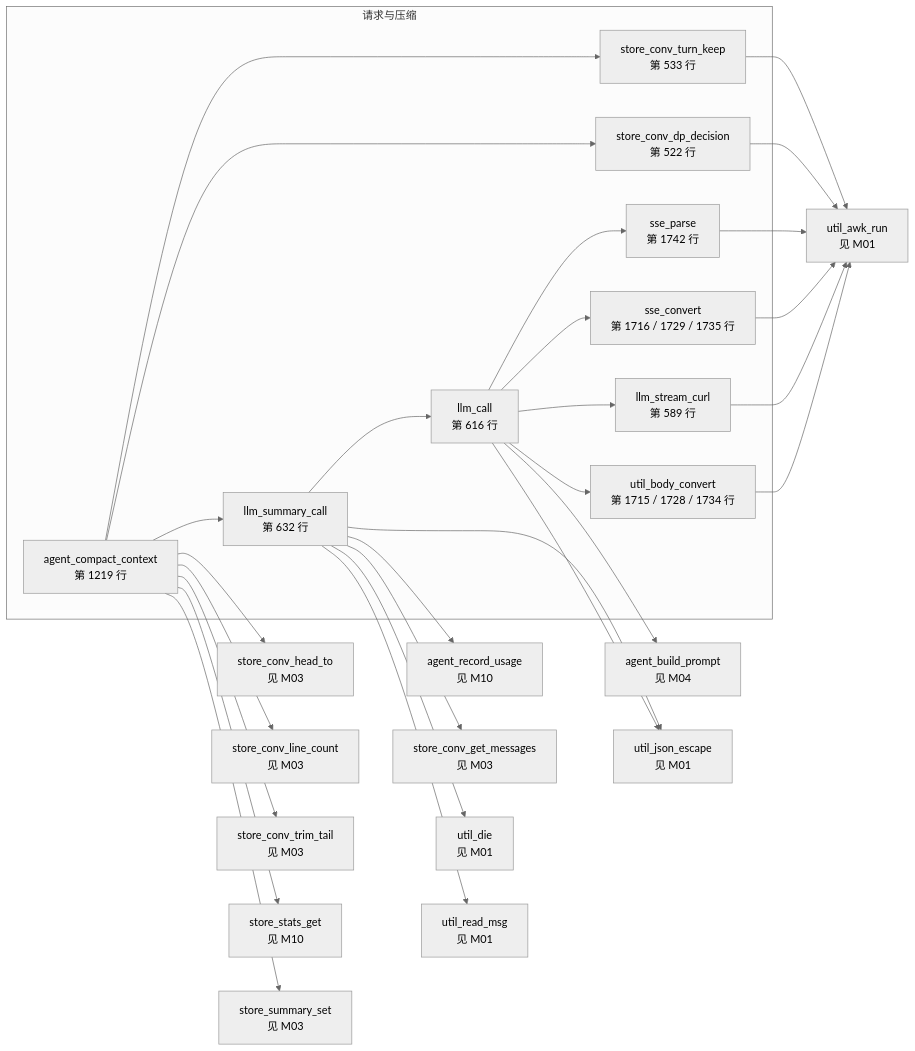
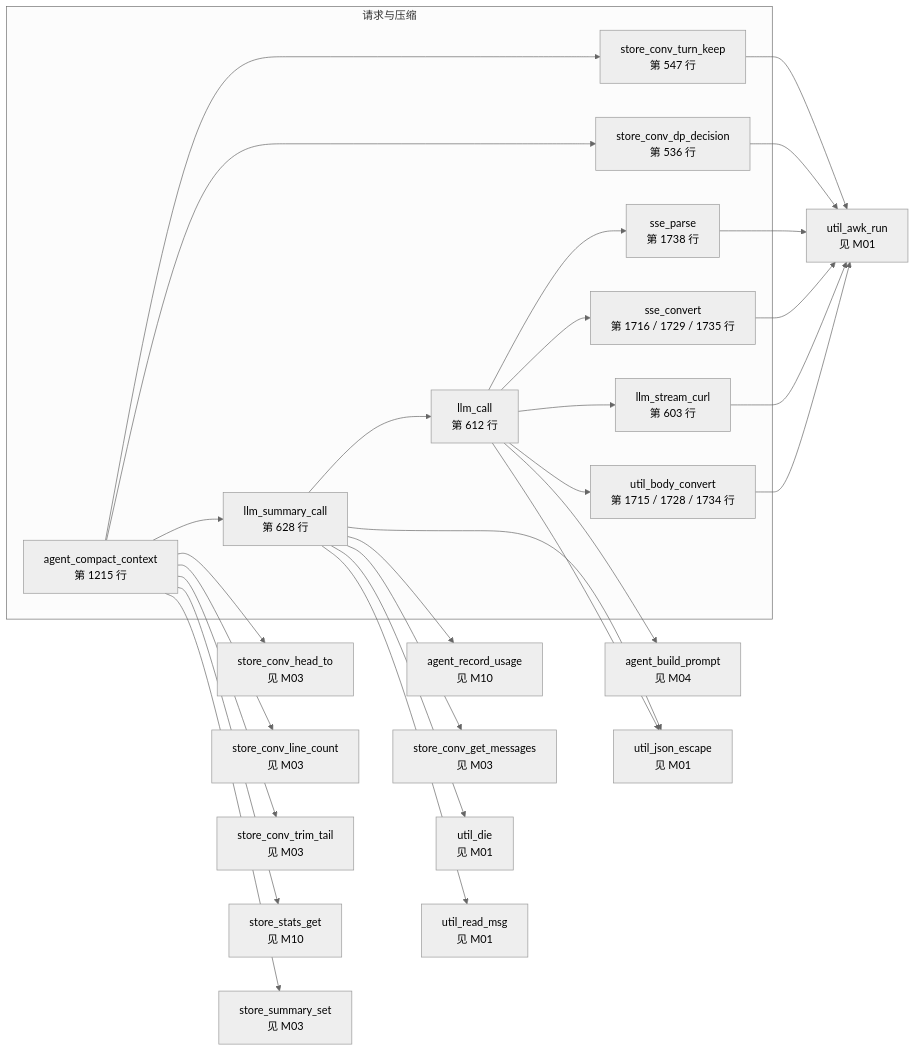
The eighth of 15 diagrams in docs/bash-data-flow.md (lloydzhou/bash-agent), drawn with Mermaid (neutral theme) before and after one commit. The commit also changed other lines of this file and 3 other files, not shown here.

````diff
--- a/docs/bash-data-flow.md
+++ b/docs/bash-data-flow.md
@@ -283,52 +281,52 @@
 ```mermaid
 flowchart LR
   subgraph mod_6["请求与压缩"]
-    f_llm_call["llm_call<br/>第 616 行"]
+    f_llm_call["llm_call<br/>第 612 行"]
     f_util_body_convert["util_body_convert<br/>第 1715 / 1728 / 1734 行"]
-    f_llm_stream_curl["llm_stream_curl<br/>第 589 行"]
+    f_llm_stream_curl["llm_stream_curl<br/>第 603 行"]
     f_sse_convert["sse_convert<br/>第 1716 / 1729 / 1735 行"]
-    f_sse_parse["sse_parse<br/>第 1742 行"]
-    f_llm_summary_call["llm_summary_call<br/>第 632 行"]
-    f_agent_compact_context["agent_compact_context<br/>第 1219 行"]
-    f_store_conv_dp_decision["store_conv_dp_decision<br/>第 522 行"]
-    f_store_conv_turn_keep["store_conv_turn_keep<br/>第 533 行"]
+    f_sse_parse["sse_parse<br/>第 1738 行"]
+    f_llm_summary_call["llm_summary_call<br/>第 628 行"]
+    f_agent_compact_context["agent_compact_context<br/>第 1215 行"]
+    f_store_conv_dp_decision["store_conv_dp_decision<br/>第 536 行"]
+    f_store_conv_turn_keep["store_conv_turn_keep<br/>第 547 行"]
   end
   f_agent_build_prompt["agent_build_prompt<br/>见 M04"]
   f_agent_record_usage["agent_record_usage<br/>见 M10"]
   f_store_conv_get_messages["store_conv_get_messages<br/>见 M03"]
   f_store_conv_head_to["store_conv_head_to<br/>见 M03"]
   f_store_conv_line_count["store_conv_line_count<br/>见 M03"]
   f_store_conv_trim_tail["store_conv_trim_tail<br/>见 M03"]
   f_store_stats_get["store_stats_get<br/>见 M10"]
   f_store_summary_set["store_summary_set<br/>见 M03"]
   f_util_awk_run["util_awk_run<br/>见 M01"]
   f_util_die["util_die<br/>见 M01"]
   f_util_json_escape["util_json_escape<br/>见 M01"]
   f_util_read_msg["util_read_msg<br/>见 M01"]
   f_llm_call --> f_agent_build_prompt
   f_llm_call --> f_util_json_escape
   f_llm_call --> f_util_body_convert
   f_llm_call --> f_llm_stream_curl
   f_llm_call --> f_sse_convert
   f_llm_call --> f_sse_parse
   f_util_body_convert --> f_util_awk_run
   f_llm_stream_curl --> f_util_awk_run
   f_sse_convert --> f_util_awk_run
   f_sse_parse --> f_util_awk_run
   f_llm_summary_call --> f_store_conv_get_messages
   f_llm_summary_call --> f_util_json_escape
   f_llm_summary_call --> f_util_read_msg
   f_llm_summary_call --> f_llm_call
   f_llm_summary_call --> f_agent_record_usage
   f_llm_summary_call --> f_util_die
   f_agent_compact_context --> f_store_conv_dp_decision
   f_agent_compact_context --> f_store_stats_get
   f_agent_compact_context --> f_store_conv_line_count
   f_agent_compact_context --> f_store_conv_turn_keep
   f_agent_compact_context --> f_store_conv_head_to
   f_agent_compact_context --> f_llm_summary_call
   f_agent_compact_context --> f_store_summary_set
   f_agent_compact_context --> f_store_conv_trim_tail
   f_store_conv_dp_decision --> f_util_awk_run
   f_store_conv_turn_keep --> f_util_awk_run
 ```
````
